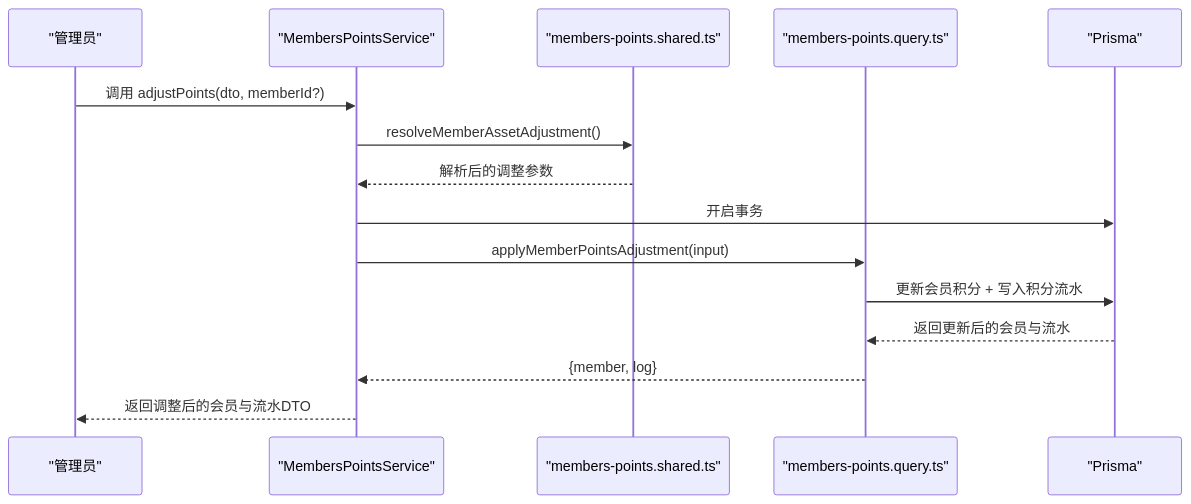
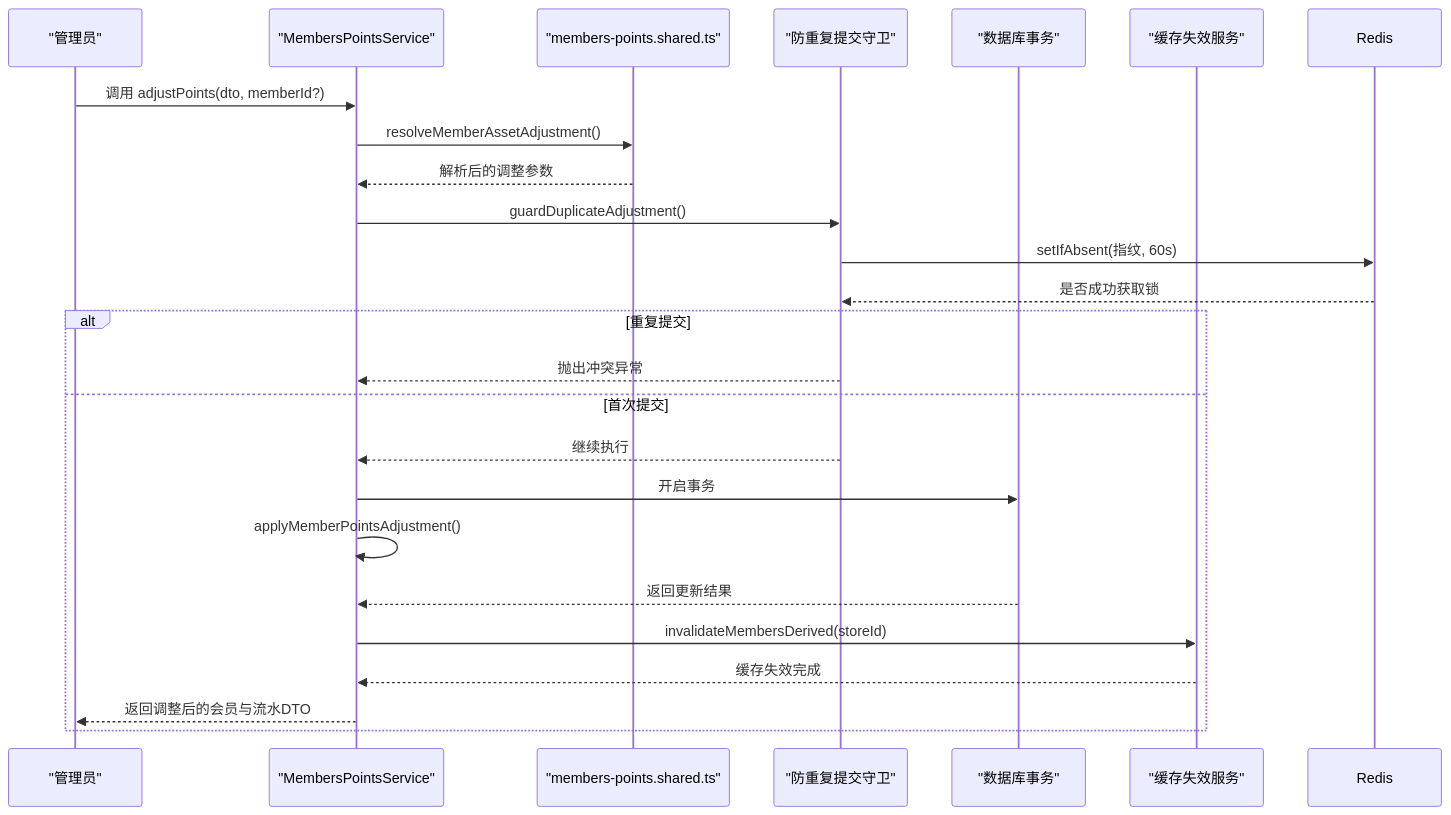
One commit to rc558620/purelyprofit-server changed the second of 5 diagrams in .qoder/repowiki/zh/content/业务模块/会员管理模块/会员积分管理.md. Above: the diagram before and after it, drawn with Mermaid. The commit also changed other lines of this file and 19 other files, not shown here.

````diff
--- a/.qoder/repowiki/zh/content/业务模块/会员管理模块/会员积分管理.md
+++ b/.qoder/repowiki/zh/content/业务模块/会员管理模块/会员积分管理.md
@@ -102,17 +117,26 @@
 ```mermaid
 sequenceDiagram
 participant Admin as "管理员"
 participant Svc as "MembersPointsService"
 participant Shared as "members-points.shared.ts"
-participant Qry as "members-points.query.ts"
-participant DB as "Prisma"
+participant Guard as "防重复提交守卫"
+participant Txn as "数据库事务"
+participant Cache as "缓存失效服务"
 Admin->>Svc : 调用 adjustPoints(dto, memberId?)
 Svc->>Shared : resolveMemberAssetAdjustment()
 Shared-->>Svc : 解析后的调整参数
-Svc->>DB : 开启事务
-Svc->>Qry : applyMemberPointsAdjustment(input)
-Qry->>DB : 更新会员积分 + 写入积分流水
-DB-->>Qry : 返回更新后的会员与流水
-Qry-->>Svc : {member, log}
+Svc->>Guard : guardDuplicateAdjustment()
+Guard->>Redis : setIfAbsent(指纹, 60s)
+Redis-->>Guard : 是否成功获取锁
+alt 重复提交
+Guard-->>Svc : 抛出冲突异常
+else 首次提交
+Guard-->>Svc : 继续执行
+Svc->>Txn : 开启事务
+Svc->>Svc : applyMemberPointsAdjustment()
+Txn-->>Svc : 返回更新结果
+Svc->>Cache : invalidateMembersDerived(storeId)
+Cache-->>Svc : 缓存失效完成
 Svc-->>Admin : 返回调整后的会员与流水DTO
+end
 ```
````
